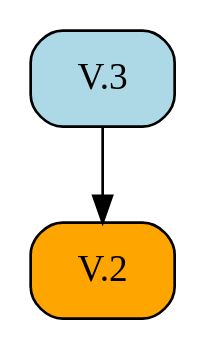
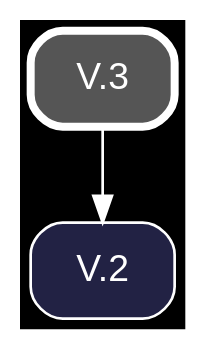
The diagram in docsrc/heath/V/3/index.rst (geometor/elements), drawn with Graphviz before and after one commit. The commit also changed other lines of this file and 1200 other files, not shown here.

Commit message:
update dependency graphs

```diff
--- a/docsrc/heath/V/3/index.rst
+++ b/docsrc/heath/V/3/index.rst
@@ -38,9 +38,11 @@
 .. graphviz::
 
    digraph {
+     bgcolor="black";
+     node [shape=box, style="rounded,filled", fontname="Helvetica", color="white", fontcolor="white"];
+     edge [color="white", fontcolor="white"];
      rankdir="TB";
-     node [shape=box, style=rounded];
-     "V.2" [style="rounded,filled", fillcolor=orange, URL="/heath/V/2/", target="_top"];
-     "V.3" [style="rounded,filled", fillcolor=lightblue, URL="/heath/V/3/", target="_top"];
+     "V.2" [fillcolor="#222244", URL="/heath/V/2/", target="_top"];
+     "V.3" [penwidth=3, color="white", fillcolor="#555555", URL="/heath/V/3/", target="_top"];
      "V.3" -> "V.2";
    }
```
